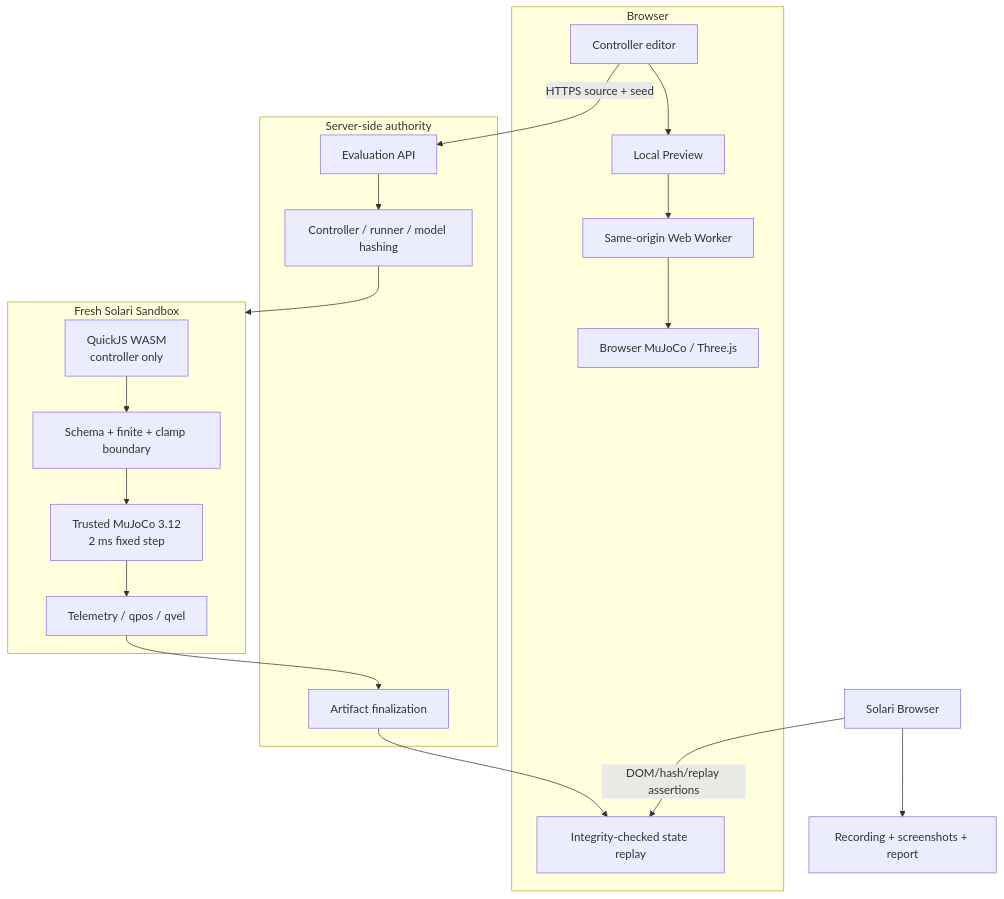
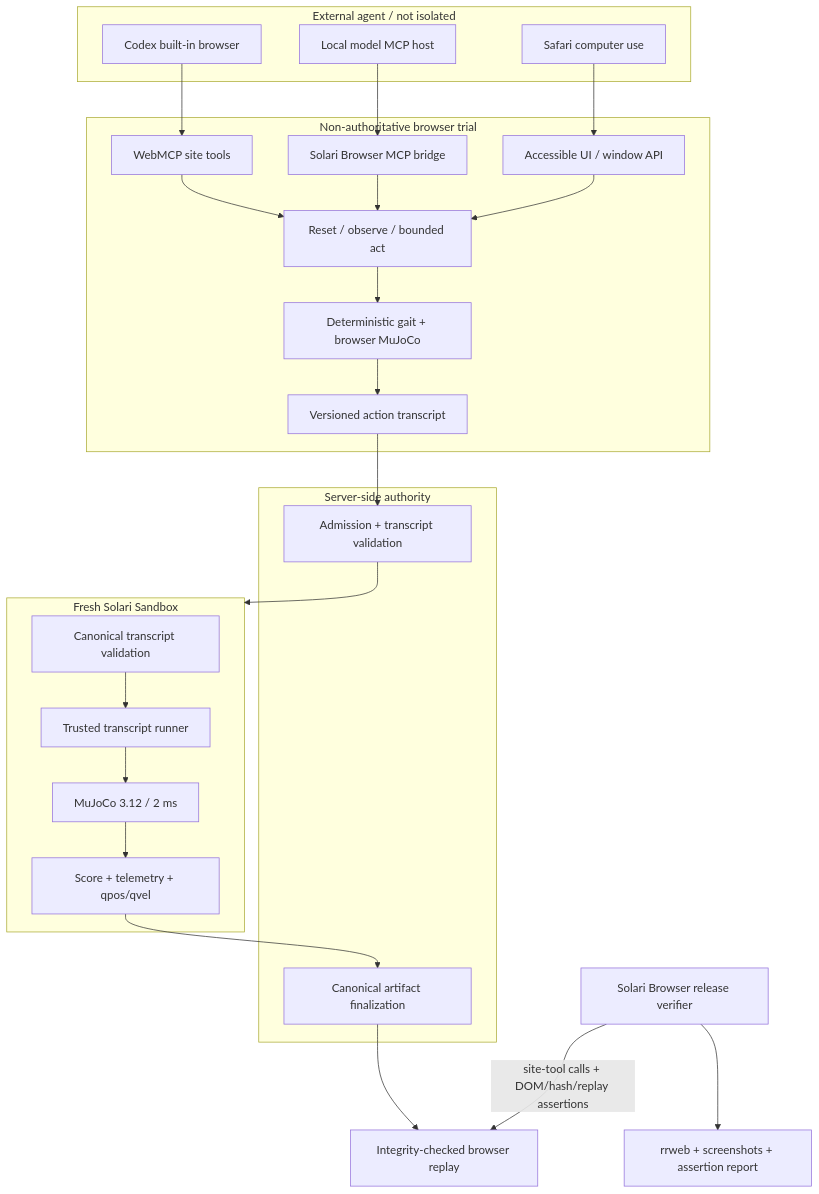
The diagram in docs/ARCHITECTURE.md (EXO-Robotics/solari-agent-arena), drawn with Mermaid before and after one commit. The commit also changed other lines of this file and 35 other files, not shown here.

Commit message:
Build embodied agent benchmark with Solari tools

````diff
--- a/docs/ARCHITECTURE.md
+++ b/docs/ARCHITECTURE.md
@@ -5,32 +5,39 @@
 ```mermaid
 flowchart TB
-  subgraph Browser
-    E[Controller editor]
-    LP[Local Preview]
-    WW[Same-origin Web Worker]
-    BP[Browser MuJoCo / Three.js]
-    VR[Integrity-checked state replay]
-    E --> LP --> WW --> BP
+  subgraph Agent[External agent / not isolated]
+    C[Codex built-in browser]
+    L[Local model MCP host]
+    S[Safari computer use]
   end
-
+  subgraph Browser[Non-authoritative browser trial]
+    W[WebMCP site tools]
+    M[Solari Browser MCP bridge]
+    U[Accessible UI / window API]
+    O[Reset / observe / bounded act]
+    P[Deterministic gait + browser MuJoCo]
+    T[Versioned action transcript]
+    W --> O
+    M --> O
+    U --> O
+    O --> P --> T
+  end
+  C --> W
+  L --> M
+  S --> U
+  T --> API
   subgraph Server[Server-side authority]
-    API[Evaluation API]
-    H[Controller / runner / model hashing]
-    F[Artifact finalization]
-    API --> H
+    API[Admission + transcript validation]
+    F[Canonical artifact finalization]
   end
-
-  subgraph Solari[Fresh Solari Sandbox]
-    Q[QuickJS WASM<br/>controller only]
-    V[Schema + finite + clamp boundary]
-    M[Trusted MuJoCo 3.12<br/>2 ms fixed step]
-    T[Telemetry / qpos / qvel]
-    Q --> V --> M --> T
+  API --> SS
+  subgraph SS[Fresh Solari Sandbox]
+    V[Canonical transcript validation]
+    R[Trusted transcript runner]
+    MU[MuJoCo 3.12 / 2 ms]
+    E[Score + telemetry + qpos/qvel]
+    V --> R --> MU --> E
   end
-
-  E -->|HTTPS source + seed| API
-  H --> Solari
-  T --> F --> VR
-  SB[Solari Browser] -->|DOM/hash/replay assertions| VR
-  SB --> EV[Recording + screenshots + report]
+  E --> F --> VR[Integrity-checked browser replay]
+  B[Solari Browser release verifier] -->|site-tool calls + DOM/hash/replay assertions| VR
+  B --> EV[rrweb + screenshots + assertion report]
 ```
````
